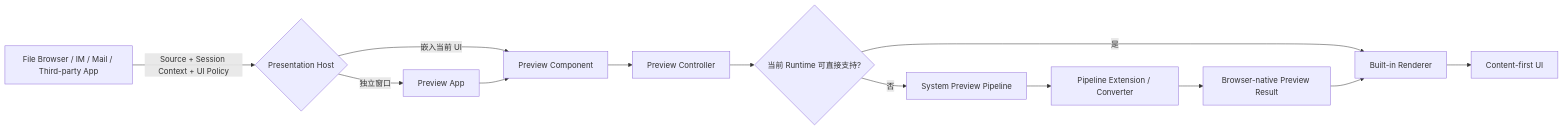
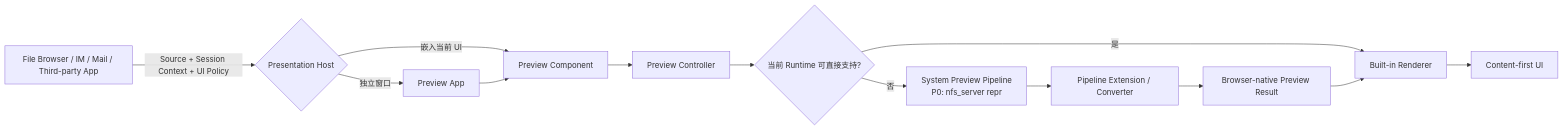
One commit to buckyos/buckyos changed the first of 3 diagrams in product/bucky_file/BuckyOS Preview App-Component PRD.md. Above: the diagram before and after it, drawn with Mermaid. The commit also changed other lines of this file and 1 other file, not shown here.

````diff
--- a/product/bucky_file/BuckyOS Preview App-Component PRD.md
+++ b/product/bucky_file/BuckyOS Preview App-Component PRD.md
@@ -133,15 +135,15 @@
 ```mermaid
 flowchart LR
     A[File Browser / IM / Mail / Third-party App] -->|Source + Session Context + UI Policy| B{Presentation Host}
     B -->|独立窗口| C[Preview App]
     B -->|嵌入当前 UI| D[Preview Component]
     C --> D
     D --> E[Preview Controller]
     E --> F{当前 Runtime 可直接支持?}
     F -->|是| G[Built-in Renderer]
-    F -->|否| H[System Preview Pipeline]
+    F -->|否| H[System Preview Pipeline<br/>P0: nfs_server repr]
     H --> I[Pipeline Extension / Converter]
     I --> J[Browser-native Preview Result]
     J --> G
     G --> K[Content-first UI]
 ```
````
